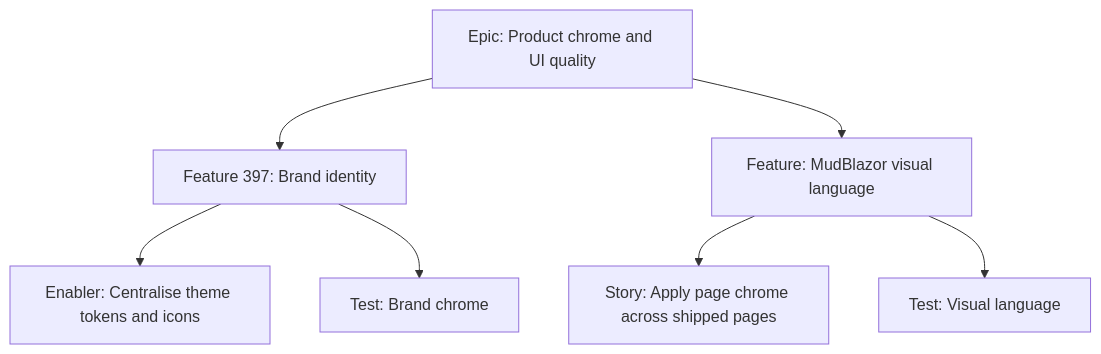
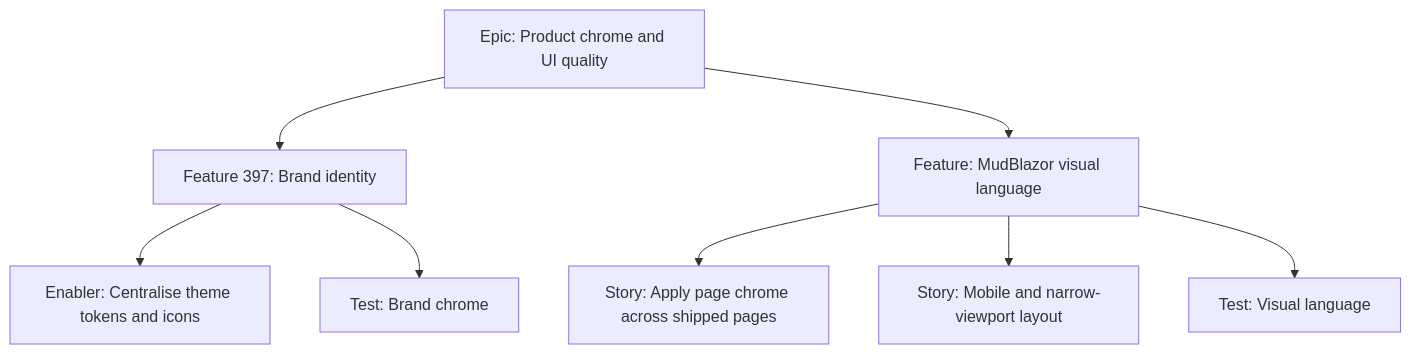
Before and after one commit to markheydon/solo-dev-board: the diagram in plan/product-chrome-ui-quality-project-plan.md, drawn with Mermaid. The commit also changed other lines of this file and 12 other files, not shown here.

Commit message:
[Documentation] Place mobile layout under visual language (#411) (#533)

````diff
--- a/plan/product-chrome-ui-quality-project-plan.md
+++ b/plan/product-chrome-ui-quality-project-plan.md
@@ -38,10 +43,11 @@
 ```mermaid
 graph TD
     E[Epic: Product chrome and UI quality]
     E --> F397[Feature 397: Brand identity]
     E --> FUX[Feature: MudBlazor visual language]
     F397 --> ETok[Enabler: Centralise theme tokens and icons]
     F397 --> T397[Test: Brand chrome]
     FUX --> SUX[Story: Apply page chrome across shipped pages]
+    FUX --> SMob[Story: Mobile and narrow-viewport layout]
     FUX --> TUX[Test: Visual language]
 ```
````
